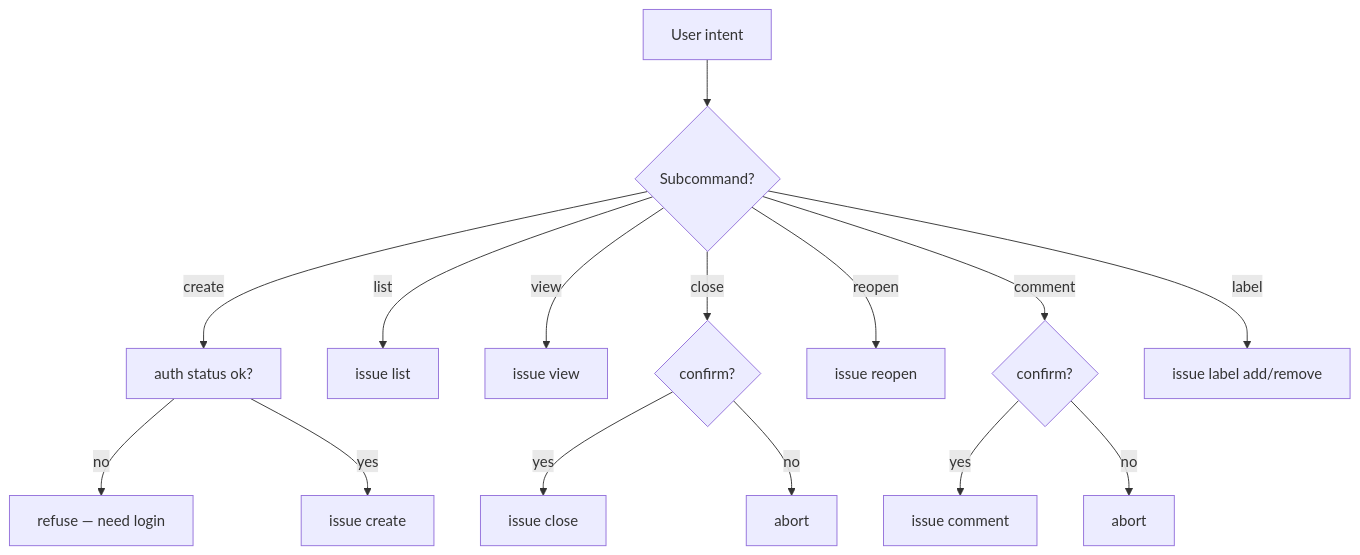
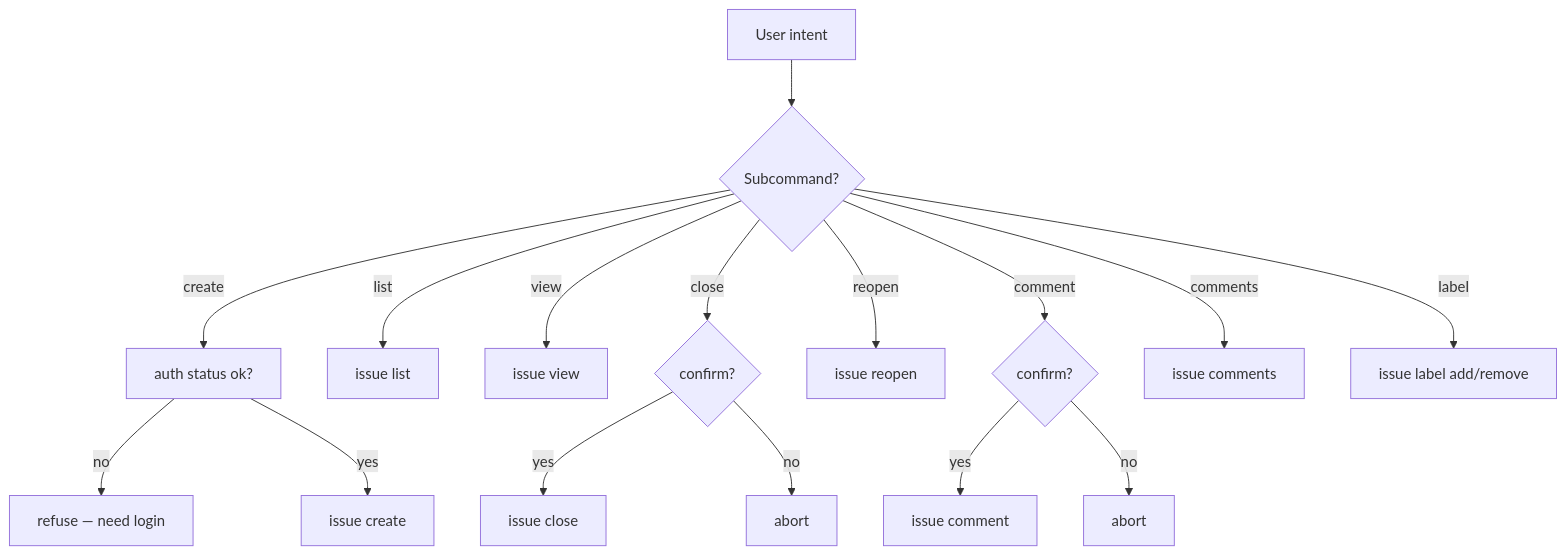
Before and after one commit to byx-darwin/gitflow-cli: the diagram in skills/gf-issue/SKILL.md, drawn with Mermaid. The commit also changed other lines of this file and 7 other files, not shown here.

First line of the commit message:
feat(issue): add list_comments API and gf issue comments command

````diff
--- a/skills/gf-issue/SKILL.md
+++ b/skills/gf-issue/SKILL.md
@@ -62,17 +65,18 @@
 ```mermaid
 flowchart TD
     U[User intent] --> CMD{Subcommand?}
     CMD -->|create| AUTH[auth status ok?]
     AUTH -->|no| STOP1[refuse — need login]
     AUTH -->|yes| CREATE[issue create]
     CMD -->|list| LIST[issue list]
     CMD -->|view| VIEW[issue view]
     CMD -->|close| CONF{confirm?}
     CONF -->|yes| CLOSE[issue close]
     CONF -->|no| STOP2[abort]
     CMD -->|reopen| REOP[issue reopen]
     CMD -->|comment| ISS{confirm?}
     ISS -->|yes| COMM[issue comment]
     ISS -->|no| STOP3[abort]
+    CMD -->|comments| COMMENTS[issue comments]
     CMD -->|label| LABEL[issue label add/remove]
 ```
````
